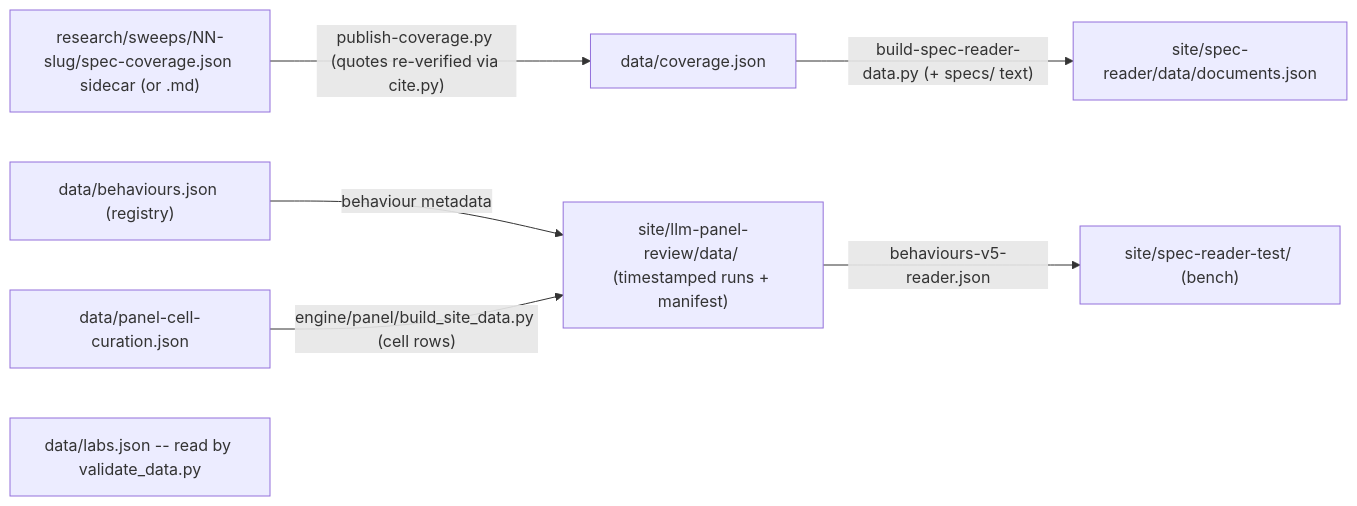
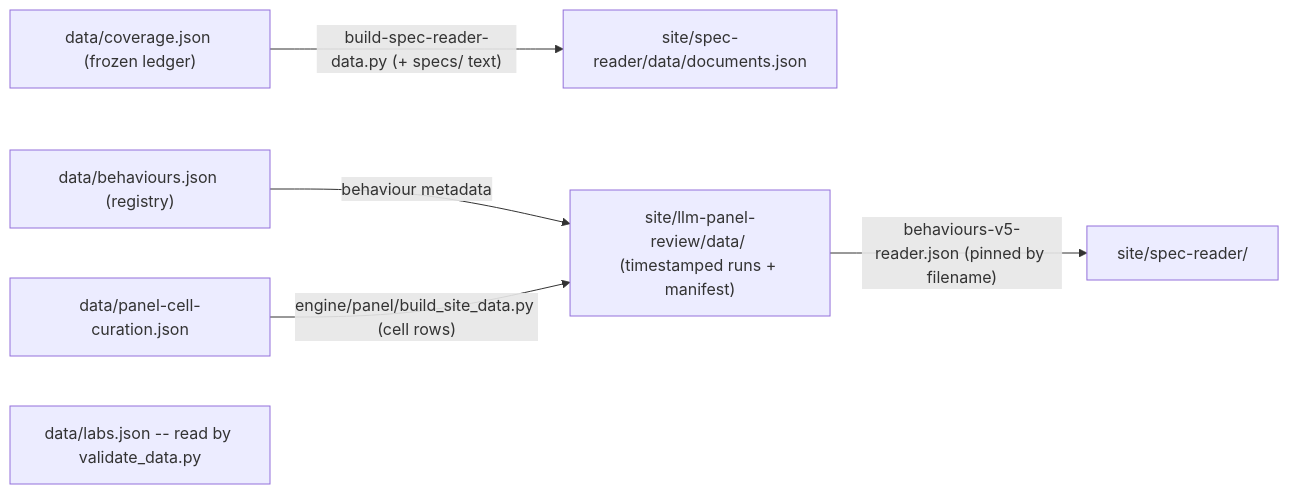
The diagram in data/OVERVIEW.md (AndresCotton/ai-character-index), drawn with Mermaid before and after one commit. The commit also changed other lines of this file and 30 other files, not shown here.

````diff
--- a/data/OVERVIEW.md
+++ b/data/OVERVIEW.md
@@ -21,9 +21,8 @@
 ```mermaid
 graph LR
-  sweep["research/sweeps/NN-slug/spec-coverage.json sidecar (or .md)"] -->|"publish-coverage.py (quotes re-verified via cite.py)"| cov["data/coverage.json"]
-  cov -->|"build-spec-reader-data.py (+ specs/ text)"| docs["site/spec-reader/data/documents.json"]
+  cov["data/coverage.json (frozen ledger)"] -->|"build-spec-reader-data.py (+ specs/ text)"| docs["site/spec-reader/data/documents.json"]
   reg["data/behaviours.json (registry)"] -->|"behaviour metadata"| panel
   cur["data/panel-cell-curation.json"] -->|"engine/panel/build_site_data.py (cell rows)"| panel["site/llm-panel-review/data/ (timestamped runs + manifest)"]
-  panel -->|"behaviours-v5-reader.json"| bench["site/spec-reader-test/ (bench)"]
+  panel -->|"behaviours-v5-reader.json (pinned by filename)"| reader["site/spec-reader/"]
   labs["data/labs.json -- read by validate_data.py"]
 ```
````
